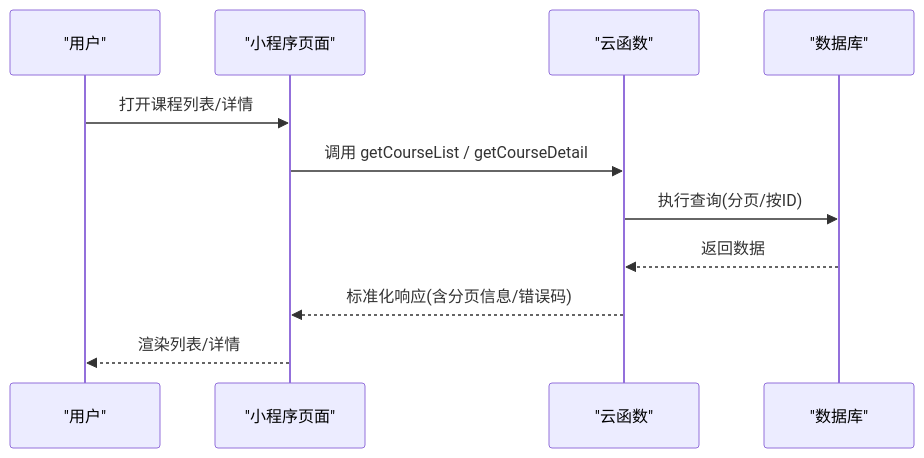
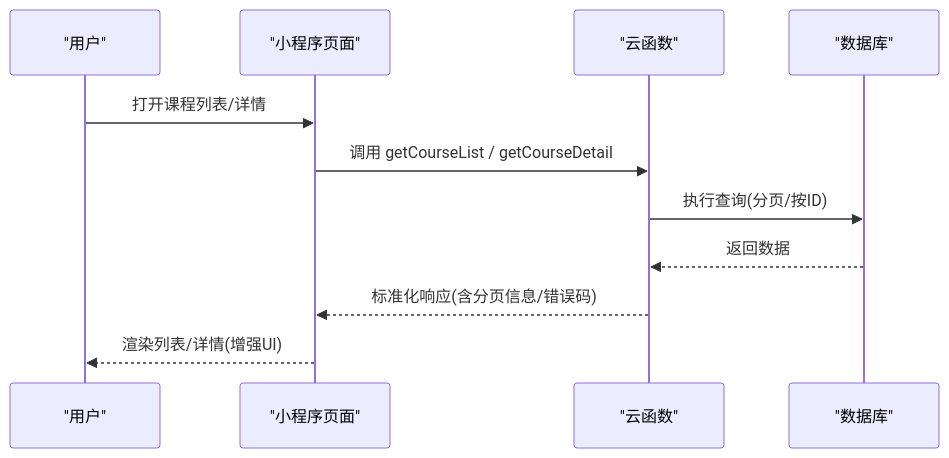
Before and after one commit to cwb7756/bio: the second of 5 diagrams in .qoder/repowiki/zh/content/核心功能模块/课程学习系统/课程管理模块.md, drawn with Mermaid. The commit also changed other lines of this file and 14 other files, not shown here.

First line of the commit message:
feat(knowledgeMap): 增强知识图谱功能，新增种子数据生成器

````diff
--- a/.qoder/repowiki/zh/content/核心功能模块/课程学习系统/课程管理模块.md
+++ b/.qoder/repowiki/zh/content/核心功能模块/课程学习系统/课程管理模块.md
@@ -91,13 +103,13 @@
 ```mermaid
 sequenceDiagram
 participant U as "用户"
 participant P as "小程序页面"
 participant CF as "云函数"
 participant DB as "数据库"
 U->>P : 打开课程列表/详情
 P->>CF : 调用 getCourseList / getCourseDetail
 CF->>DB : 执行查询(分页/按ID)
 DB-->>CF : 返回数据
 CF-->>P : 标准化响应(含分页信息/错误码)
-P-->>U : 渲染列表/详情
+P-->>U : 渲染列表/详情(增强UI)
 ```
````
